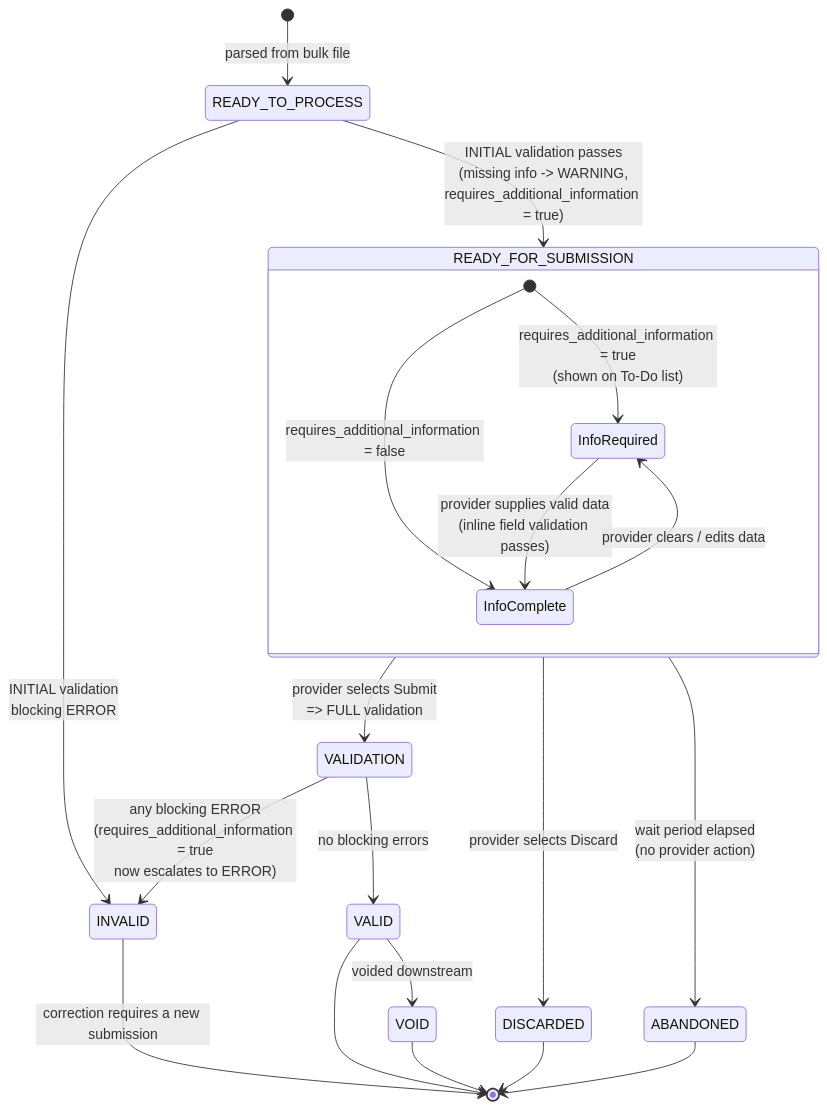
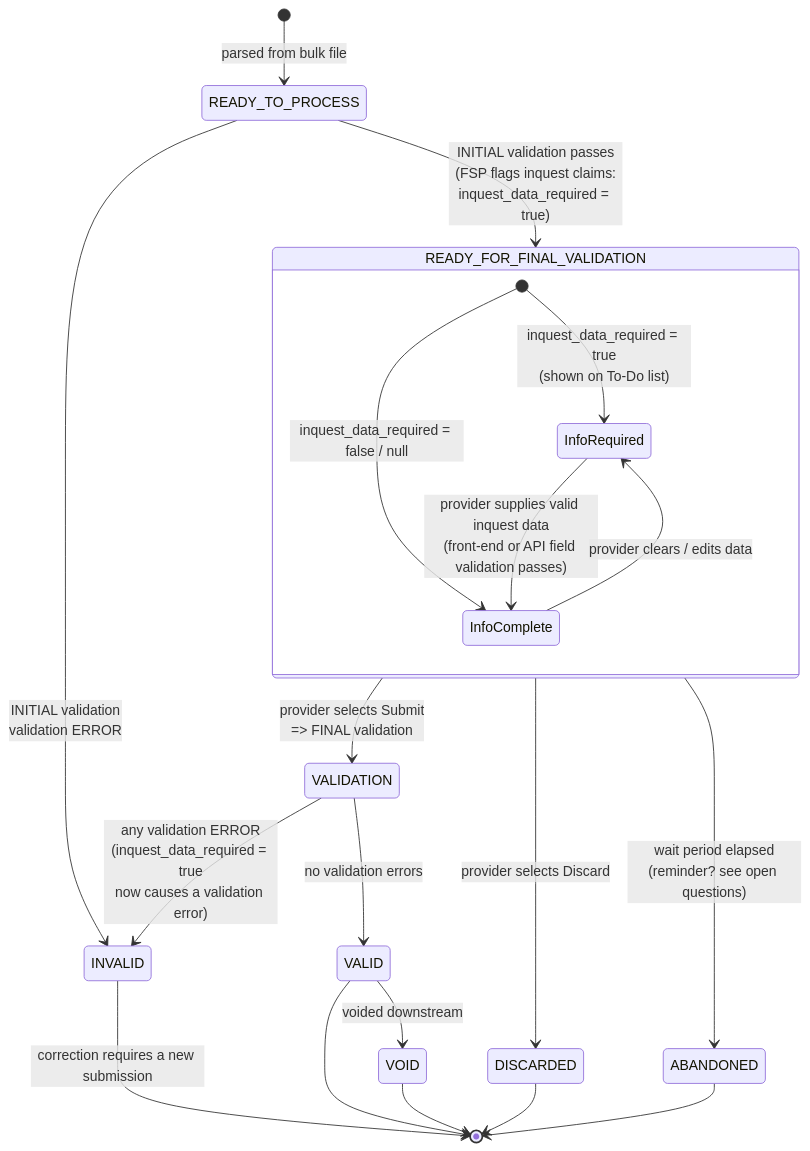
One commit to ministryofjustice/laa-data-claims-api changed the diagram in docs/state-transition-claim.md. Above: the diagram before and after it, drawn with Mermaid. The commit also changed other lines of this file and 5 other files, not shown here.

Commit message:
More changes to the flowchart and ADR files to reflect the team discussion and decisions.

````diff
--- a/docs/state-transition-claim.md
+++ b/docs/state-transition-claim.md
@@ -13,29 +17,29 @@
 ```mermaid
 stateDiagram-v2
     [*] --> READY_TO_PROCESS : parsed from bulk file
 
-    READY_TO_PROCESS --> INVALID : INITIAL validation<br/>blocking ERROR
-    READY_TO_PROCESS --> READY_FOR_SUBMISSION : INITIAL validation passes<br/>(missing info -> WARNING,<br/>requires_additional_information = true)
+    READY_TO_PROCESS --> INVALID : INITIAL validation<br/>validation ERROR
+    READY_TO_PROCESS --> READY_FOR_FINAL_VALIDATION : INITIAL validation passes<br/>(FSP flags inquest claims:<br/>inquest_data_required = true)
 
-    state READY_FOR_SUBMISSION {
-        [*] --> InfoRequired : requires_additional_information = true<br/>(shown on To-Do list)
-        [*] --> InfoComplete : requires_additional_information = false
-        InfoRequired --> InfoComplete : provider supplies valid data<br/>(inline field validation passes)
+    state READY_FOR_FINAL_VALIDATION {
+        [*] --> InfoRequired : inquest_data_required = true<br/>(shown on To-Do list)
+        [*] --> InfoComplete : inquest_data_required = false / null
+        InfoRequired --> InfoComplete : provider supplies valid inquest data<br/>(front-end or API field validation passes)
         InfoComplete --> InfoRequired : provider clears / edits data
     }
 
-    READY_FOR_SUBMISSION --> VALIDATION : provider selects Submit<br/>=> FULL validation
-    READY_FOR_SUBMISSION --> DISCARDED : provider selects Discard
-    READY_FOR_SUBMISSION --> ABANDONED : wait period elapsed<br/>(no provider action)
+    READY_FOR_FINAL_VALIDATION --> VALIDATION : provider selects Submit<br/>=> FINAL validation
+    READY_FOR_FINAL_VALIDATION --> DISCARDED : provider selects Discard
+    READY_FOR_FINAL_VALIDATION --> ABANDONED : wait period elapsed<br/>(reminder? see open questions)
 
     state VALIDATION <<choice>>
-    VALIDATION --> INVALID : any blocking ERROR<br/>(requires_additional_information = true<br/>now escalates to ERROR)
-    VALIDATION --> VALID : no blocking errors
+    VALIDATION --> INVALID : any validation ERROR<br/>(inquest_data_required = true<br/>now causes a validation error)
+    VALIDATION --> VALID : no validation errors
 
     VALID --> VOID : voided downstream
     INVALID --> [*] : correction requires a new submission
     VALID --> [*]
     VOID --> [*]
     DISCARDED --> [*]
     ABANDONED --> [*]
 ```
````
